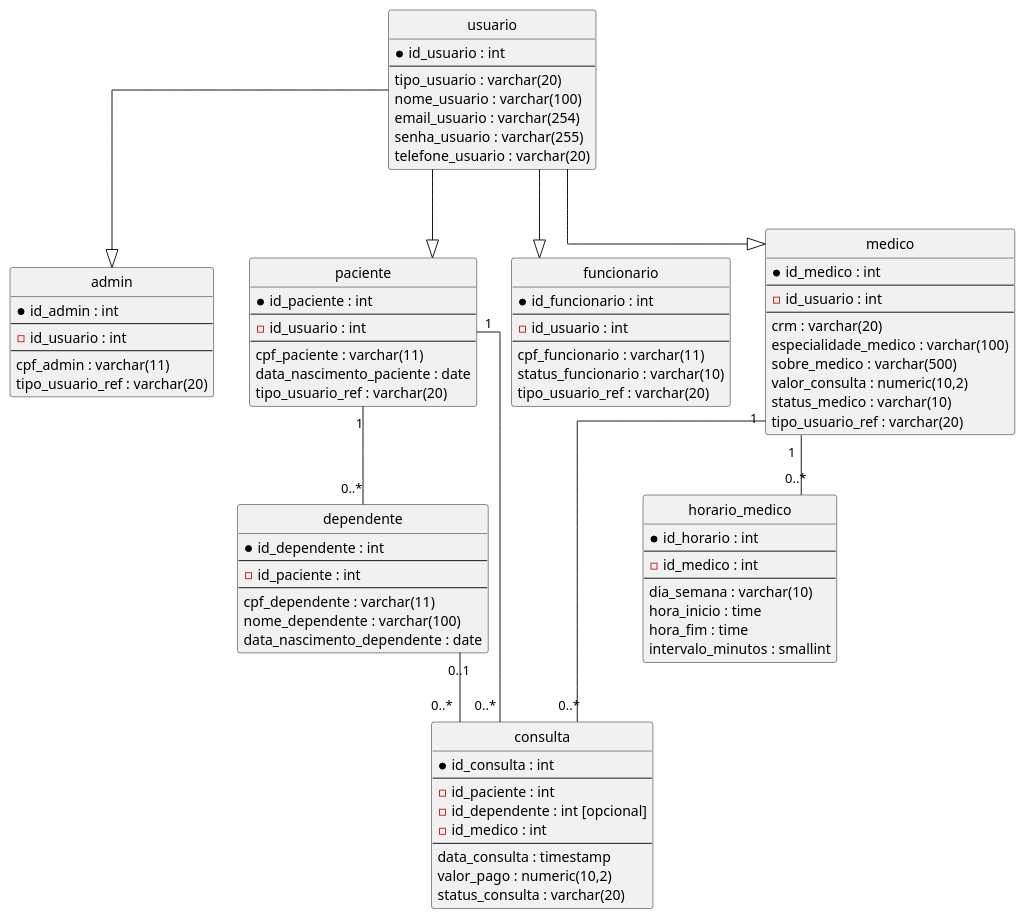
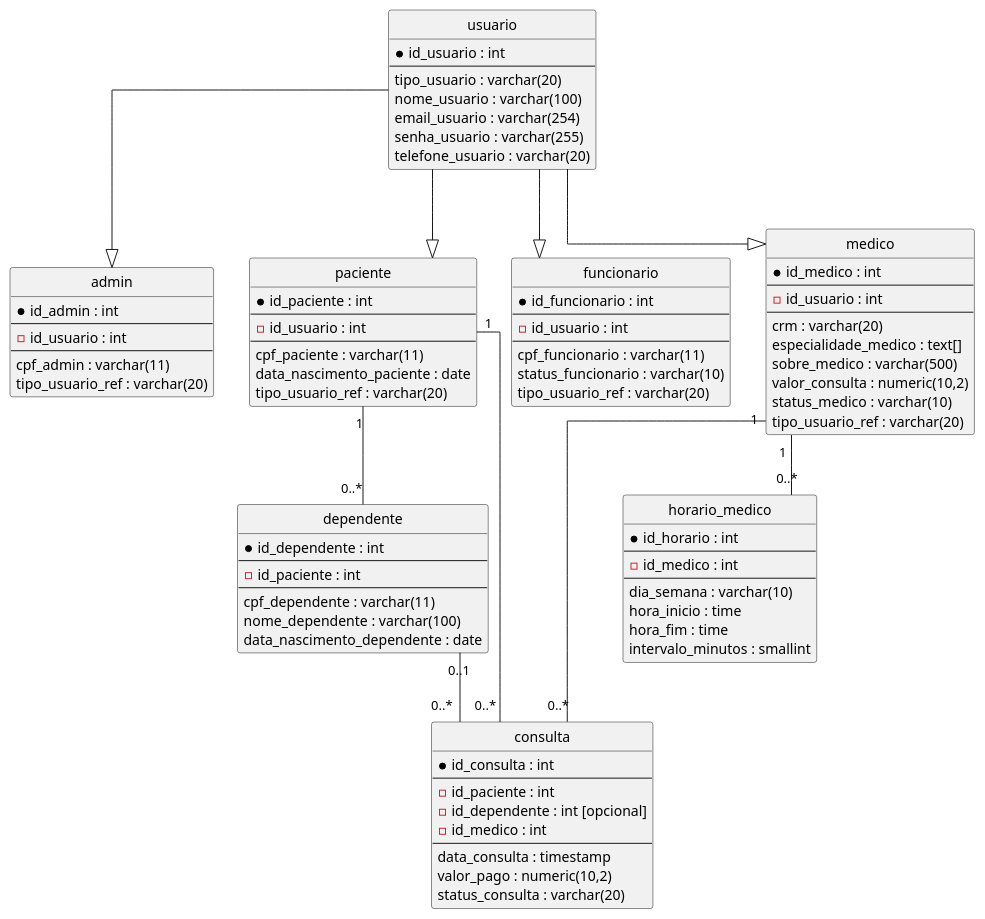
Before and after one commit to InsaneCaio/SICA: the diagram in docs/diagrama ER.md, drawn with PlantUML. The commit also changed other lines of this file, not shown here.

Commit message:
Modify ER diagram and update field type
Updated ER diagram image and changed 'especialidade_medico' type to text array.

````diff
--- a/docs/diagrama ER.md
+++ b/docs/diagrama ER.md
@@ -66,7 +64,7 @@
     - id_usuario : int
     --
     crm : varchar(20)
-    especialidade_medico : varchar(100)
+    especialidade_medico : text[]
     sobre_medico : varchar(500)
     valor_consulta : numeric(10,2)
     status_medico : varchar(10)
@@ -111,4 +109,5 @@
 medico "1" -- "0..*" consulta
 
 @enduml
+
 ```
````
